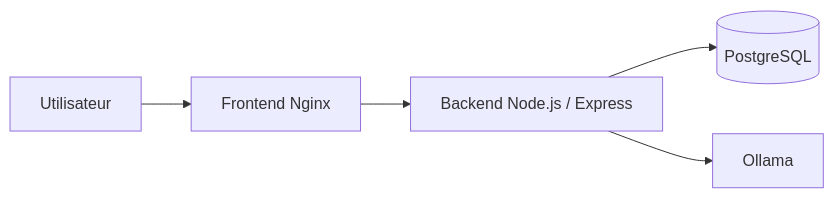
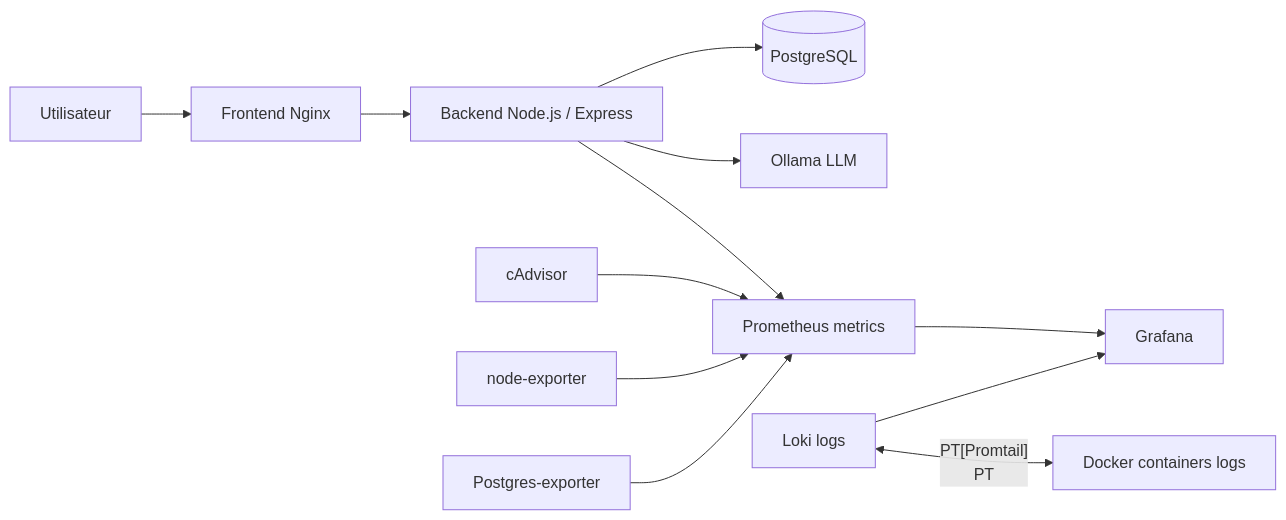
The diagram in README.md (Celoma/ppv-website), drawn with Mermaid before and after one commit. The commit also changed other lines of this file and 3 other files, not shown here.

````diff
--- a/README.md
+++ b/README.md
@@ -15,7 +22,18 @@
 ```mermaid
 flowchart LR
   U[Utilisateur] --> F[Frontend Nginx]
   F --> B[Backend Node.js / Express]
   B --> D[(PostgreSQL)]
-  B --> O[Ollama]
+  B --> O[Ollama LLM]
+  
+  B --> P[Prometheus metrics]
+  C[cAdvisor] --> P
+  N[node-exporter] --> P
+  PG[Postgres-exporter] --> P
+
+  L[Loki logs] <-- PT[Promtail]
+  PT --> DCKR[Docker containers logs]
+
+  P --> G[Grafana]
+  L --> G
 ```
````
